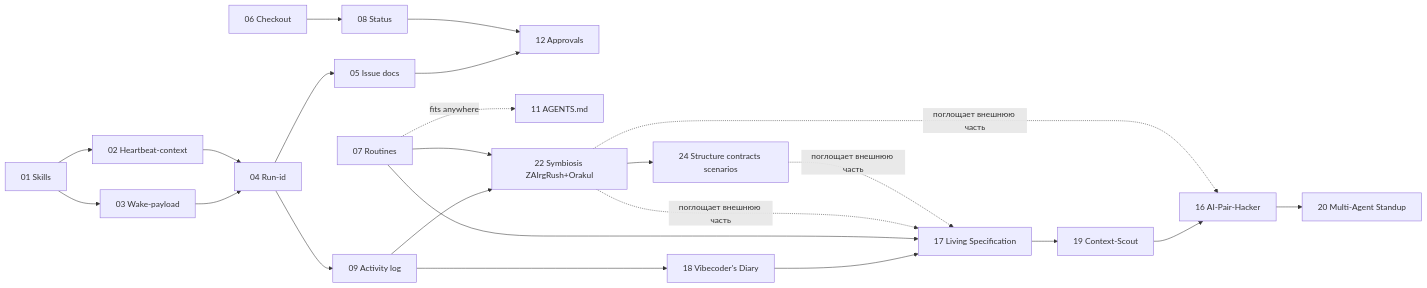
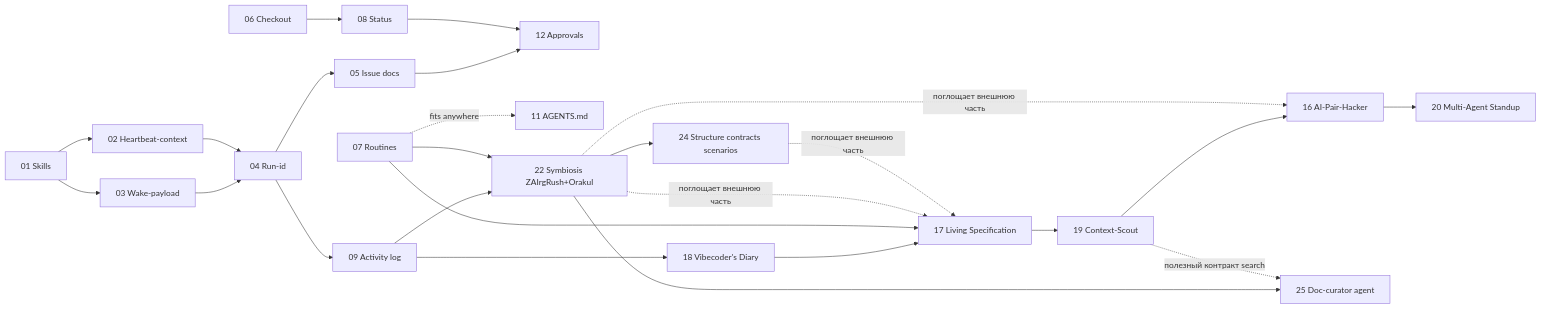
The diagram in proposals/README.md (Orange-hanter/cod-doc), drawn with Mermaid before and after one commit. The commit also changed other lines of this file and 10 other files, not shown here.

````diff
--- a/proposals/README.md
+++ b/proposals/README.md
@@ -98,29 +99,31 @@
 ```mermaid
 graph LR
     A[01 Skills] --> B[03 Wake-payload]
     A --> C[02 Heartbeat-context]
     B --> D[04 Run-id]
     C --> D
     D --> E[09 Activity log]
     D --> F[05 Issue docs]
     F --> G[12 Approvals]
     H[08 Status] --> G
     I[06 Checkout] --> H
     J[07 Routines] -.fits anywhere.-> K[11 AGENTS.md]
     
     %% Hackathon-track
     E --> L[18 Vibecoder's Diary]
     L --> M[17 Living Specification]
     J --> M
     M --> N[19 Context-Scout]
     N --> O[16 AI-Pair-Hacker]
     O --> P[20 Multi-Agent Standup]
 
     %% Symbiosis-track
     E --> Q[22 Symbiosis ZAIrgRush+Orakul]
     J --> Q
     Q -.поглощает внешнюю часть.-> O
     Q -.поглощает внешнюю часть.-> M
     Q --> R[24 Structure contracts scenarios]
     R -.поглощает внешнюю часть.-> M
+    Q --> S[25 Doc-curator agent]
+    N -.полезный контракт search.-> S
 ```
````
